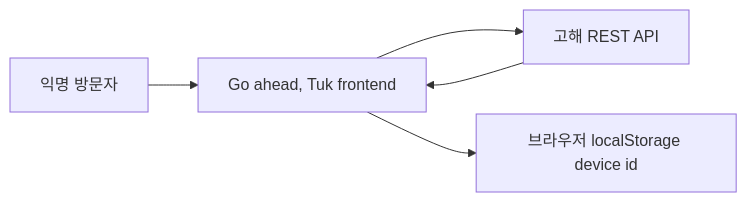
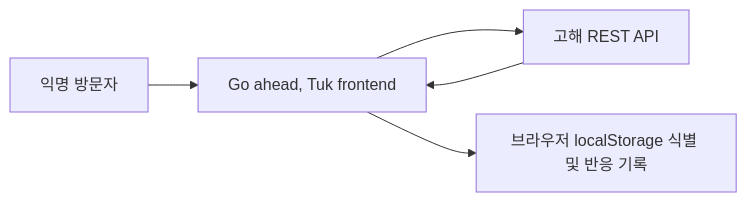
Before and after one commit to dlhwang/goahead-tuk-frontend: the diagram in aidlc-docs/inception/reverse-engineering/business-overview.md, drawn with Mermaid. The commit also changed other lines of this file and 62 other files, not shown here.

````diff
--- a/aidlc-docs/inception/reverse-engineering/business-overview.md
+++ b/aidlc-docs/inception/reverse-engineering/business-overview.md
@@ -5,7 +5,7 @@
 ```mermaid
 flowchart LR
     Visitor["익명 방문자"] --> Frontend["Go ahead, Tuk frontend"]
     Frontend --> API["고해 REST API"]
-    Frontend --> DeviceStore["브라우저 localStorage device id"]
+    Frontend --> DeviceStore["브라우저 localStorage 식별 및 반응 기록"]
     API --> Frontend
 ```
````
